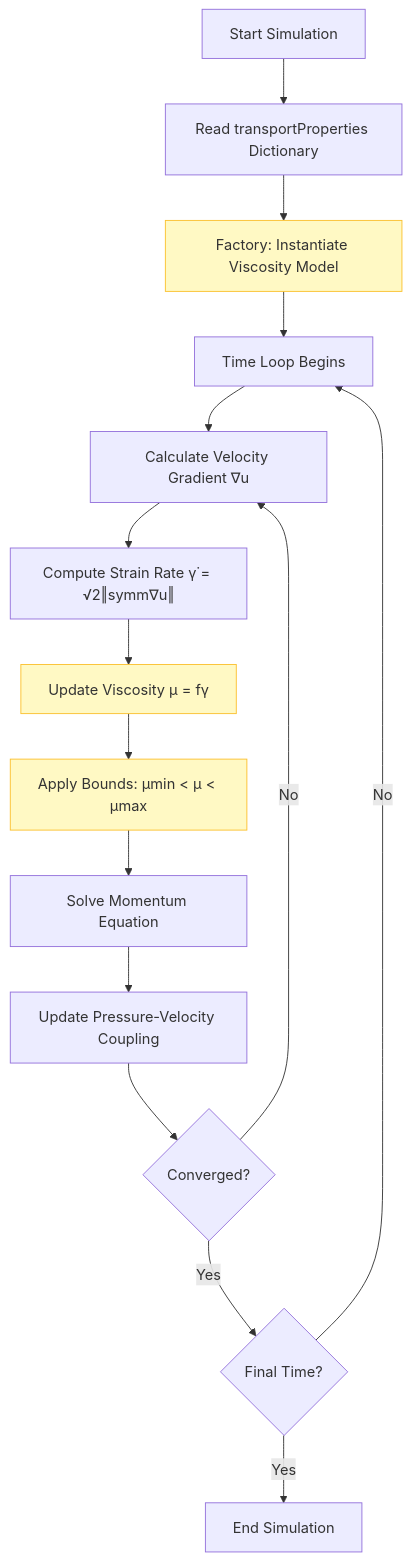
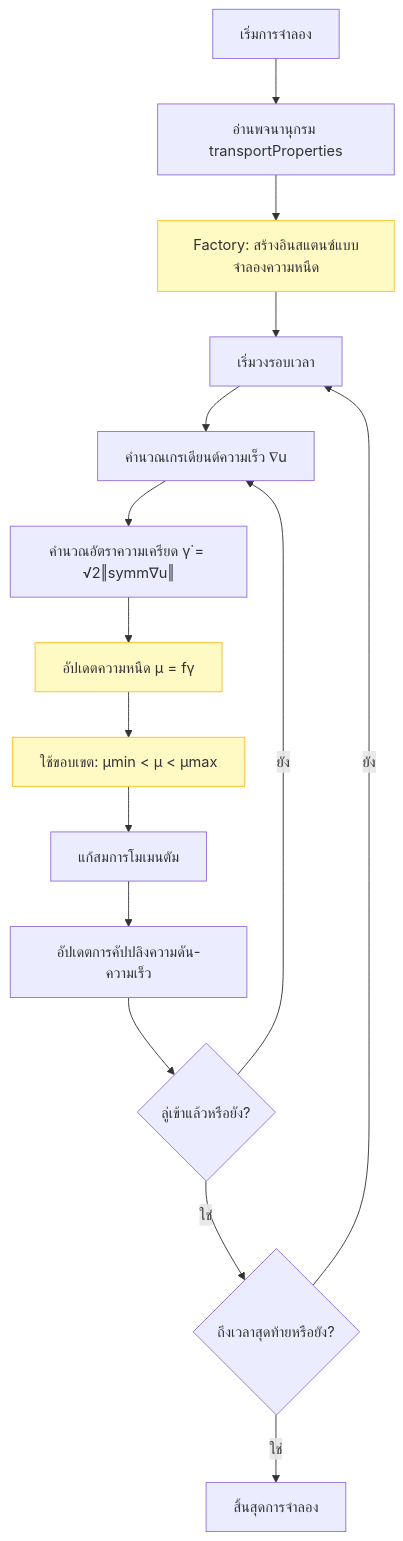
One commit to wramet/build-my-cfd changed the fourth of 4 diagrams in MODULE_06_ADVANCED_PHYSICS/CONTENT/04_NON_NEWTONIAN_FLUIDS/00_Overview.md. Above: the diagram before and after it, drawn with Mermaid. The commit also changed other lines of this file and 104 other files, not shown here.

````diff
--- a/MODULE_06_ADVANCED_PHYSICS/CONTENT/04_NON_NEWTONIAN_FLUIDS/00_Overview.md
+++ b/MODULE_06_ADVANCED_PHYSICS/CONTENT/04_NON_NEWTONIAN_FLUIDS/00_Overview.md
@@ -853,21 +853,21 @@
 ```mermaid
 graph TD
-    A[Start Simulation] --> B[Read transportProperties Dictionary]
-    B --> C[Factory: Instantiate Viscosity Model]
-    C --> D[Time Loop Begins]
-    D --> E[Calculate Velocity Gradient ∇u]
-    E --> F[Compute Strain Rate γ̇ = √2‖symm∇u‖]
-    F --> G[Update Viscosity μ = fγ̇]
-    G --> H[Apply Bounds: μmin < μ < μmax]
-    H --> I[Solve Momentum Equation]
-    I --> J[Update Pressure-Velocity Coupling]
-    J --> K{Converged?}
-    K -- No --> E
-    K -- Yes --> L{Final Time?}
-    L -- No --> D
-    L -- Yes --> M[End Simulation]
+    A[เริ่มการจำลอง] --> B[อ่านพจนานุกรม transportProperties]
+    B --> C[Factory: สร้างอินสแตนซ์แบบจำลองความหนืด]
+    C --> D[เริ่มวงรอบเวลา]
+    D --> E[คำนวณเกรเดียนต์ความเร็ว ∇u]
+    E --> F[คำนวณอัตราความเครียด γ̇ = √2‖symm∇u‖]
+    F --> G[อัปเดตความหนืด μ = fγ̇]
+    G --> H[ใช้ขอบเขต: μmin < μ < μmax]
+    H --> I[แก้สมการโมเมนตัม]
+    I --> J[อัปเดตการคัปปลิงความดัน-ความเร็ว]
+    J --> K{ลู่เข้าแล้วหรือยัง?}
+    K -- ยัง --> E
+    K -- ใช่ --> L{ถึงเวลาสุดท้ายหรือยัง?}
+    L -- ยัง --> D
+    L -- ใช่ --> M[สิ้นสุดการจำลอง]
 
     style C fill:#fff9c4,stroke:#fbc02d
     style G fill:#fff9c4,stroke:#fbc02d
     style H fill:#fff9c4,stroke:#fbc02d
 ```
````
